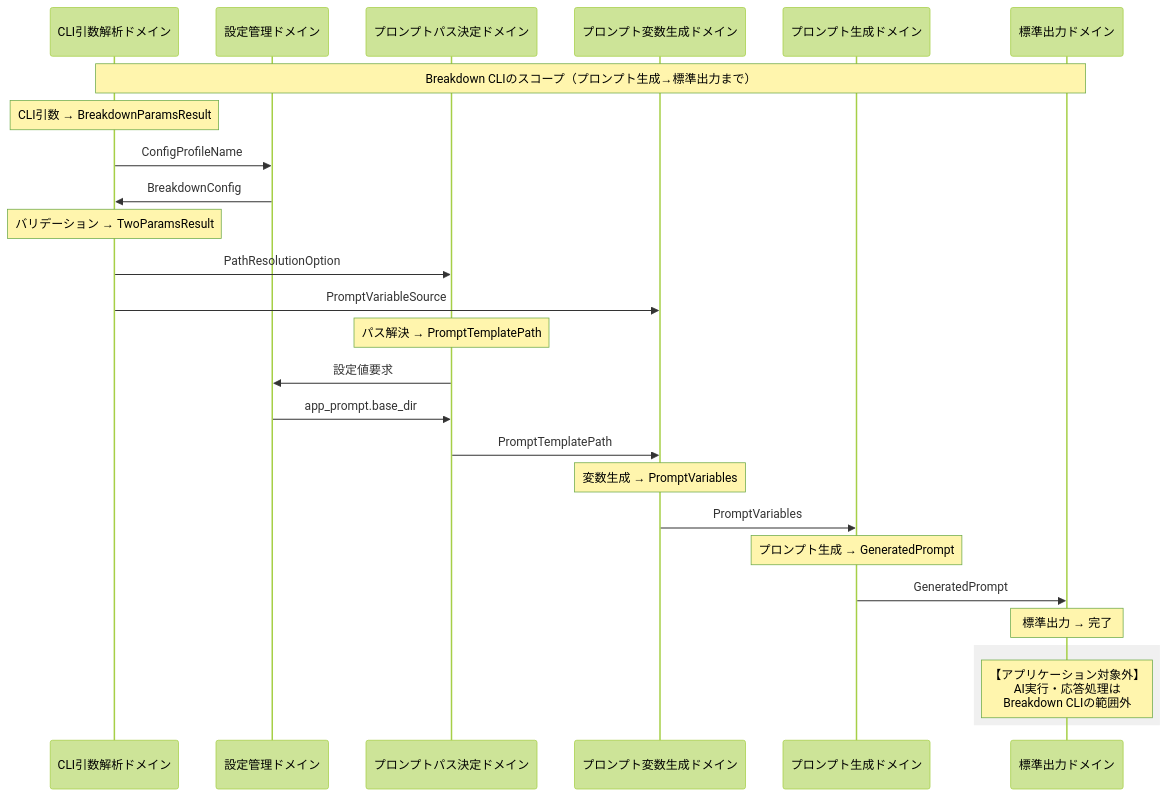
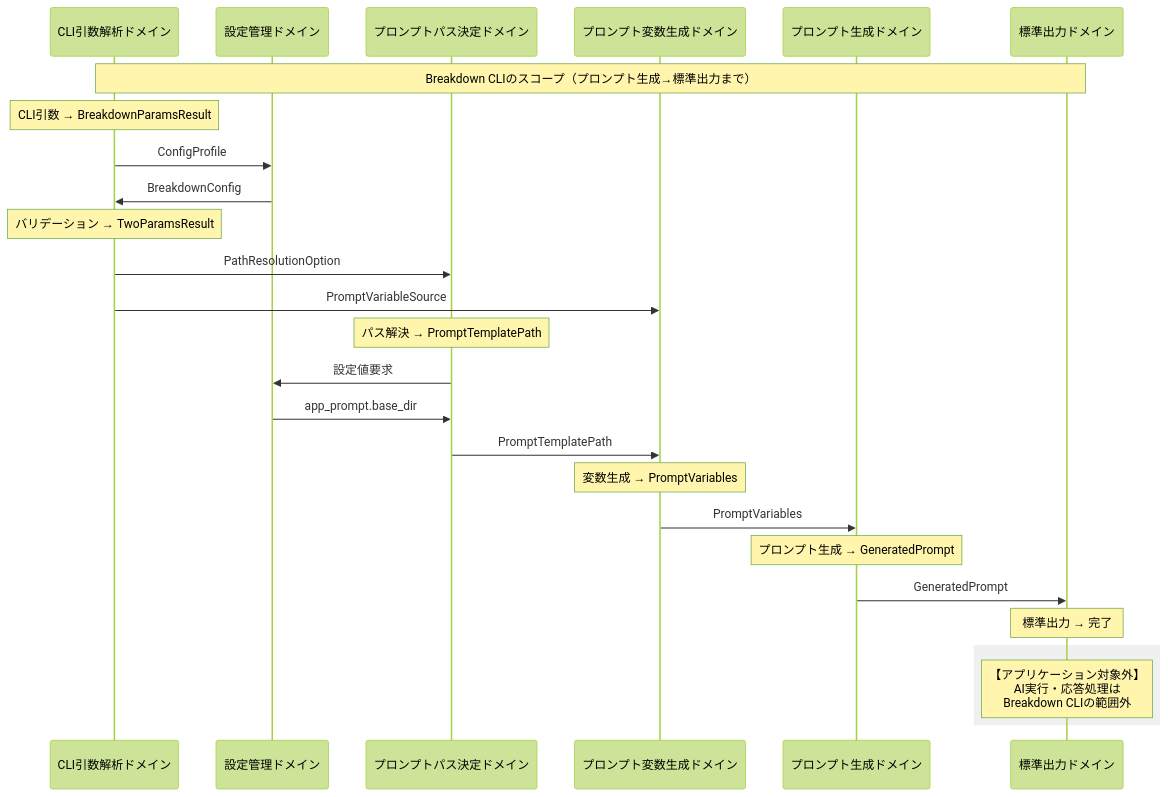
Before and after one commit to tettuan/breakdown: the second of 4 diagrams in docs/breakdown/domain_core/domain_boundaries_flow.ja.md, drawn with Mermaid (forest theme). The commit also changed other lines of this file and 103 other files, not shown here.

````diff
--- a/docs/breakdown/domain_core/domain_boundaries_flow.ja.md
+++ b/docs/breakdown/domain_core/domain_boundaries_flow.ja.md
@@ -204,36 +204,36 @@
 ```mermaid
 sequenceDiagram
     participant CLI as CLI引数解析ドメイン
     participant CONFIG as 設定管理ドメイン
     participant PATH as プロンプトパス決定ドメイン
     participant VARS as プロンプト変数生成ドメイン
     participant PROMPT as プロンプト生成ドメイン
     participant OUTPUT as 標準出力ドメイン
     
     Note over CLI,OUTPUT: Breakdown CLIのスコープ（プロンプト生成→標準出力まで）
 
     Note over CLI: CLI引数 → BreakdownParamsResult
-    CLI->>CONFIG: ConfigProfileName
+    CLI->>CONFIG: ConfigProfile
     CONFIG->>CLI: BreakdownConfig
     
     Note over CLI: バリデーション → TwoParamsResult
     CLI->>PATH: PathResolutionOption
     CLI->>VARS: PromptVariableSource
     
     Note over PATH: パス解決 → PromptTemplatePath
     PATH->>CONFIG: 設定値要求
     CONFIG->>PATH: app_prompt.base_dir
     PATH->>VARS: PromptTemplatePath
     
     Note over VARS: 変数生成 → PromptVariables
     VARS->>PROMPT: PromptVariables
     
     Note over PROMPT: プロンプト生成 → GeneratedPrompt
     PROMPT->>OUTPUT: GeneratedPrompt
     
     Note over OUTPUT: 標準出力 → 完了
     
     rect rgb(240, 240, 240)
         Note over OUTPUT: 【アプリケーション対象外】<br/>AI実行・応答処理は<br/>Breakdown CLIの範囲外
     end
 ```
````
